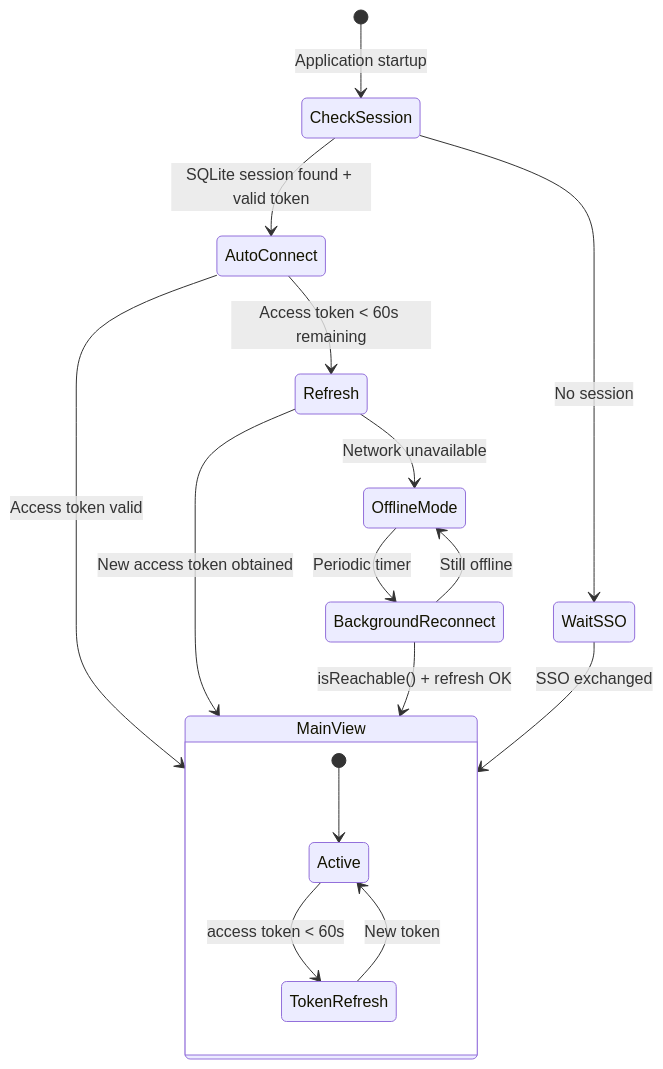
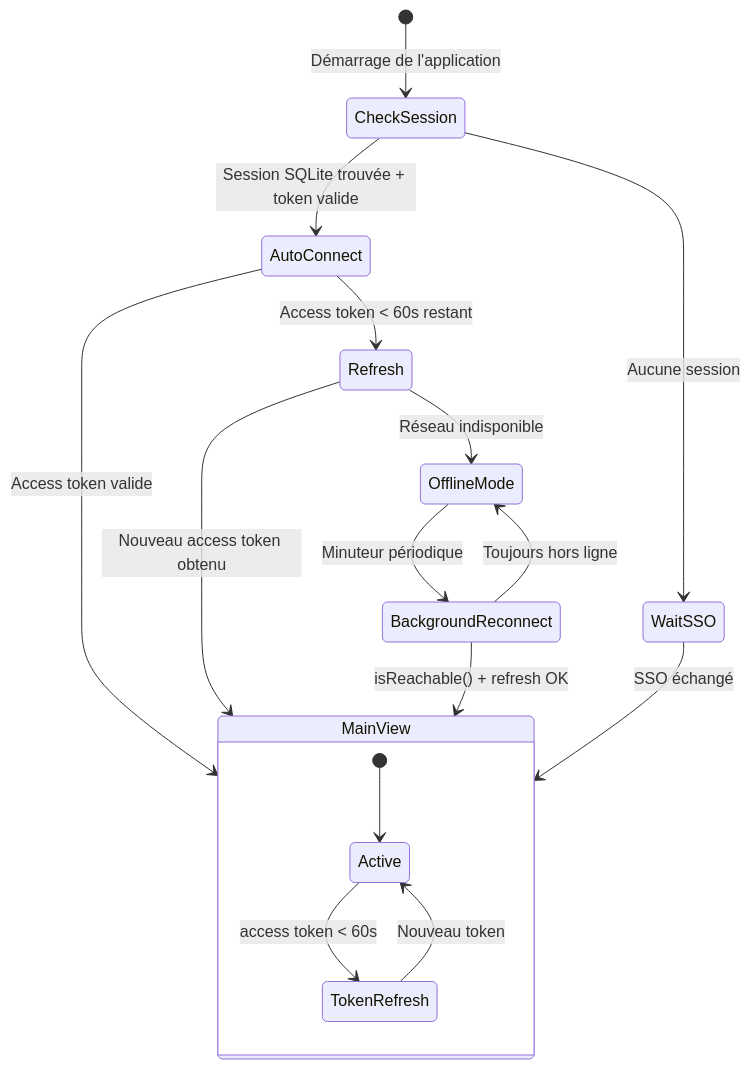
Before and after one commit to creibaud/QuartierConnect: diagram 16 of 21 in docs/ARCHITECTURE.md, drawn with Mermaid. The commit also changed other lines of this file and 27 other files, not shown here.

````diff
--- a/docs/ARCHITECTURE.md
+++ b/docs/ARCHITECTURE.md
@@ -633,25 +674,25 @@
 ```mermaid
 stateDiagram-v2
-    [*] --> CheckSession : Application startup
+    [*] --> CheckSession : Démarrage de l'application
 
-    CheckSession --> AutoConnect : SQLite session found + valid token
-    CheckSession --> WaitSSO : No session
+    CheckSession --> AutoConnect : Session SQLite trouvée + token valide
+    CheckSession --> WaitSSO : Aucune session
 
-    AutoConnect --> Refresh : Access token < 60s remaining
-    AutoConnect --> MainView : Access token valid
+    AutoConnect --> Refresh : Access token < 60s restant
+    AutoConnect --> MainView : Access token valide
 
-    Refresh --> MainView : New access token obtained
-    Refresh --> OfflineMode : Network unavailable
+    Refresh --> MainView : Nouveau access token obtenu
+    Refresh --> OfflineMode : Réseau indisponible
 
-    OfflineMode --> BackgroundReconnect : Periodic timer
+    OfflineMode --> BackgroundReconnect : Minuteur périodique
     BackgroundReconnect --> MainView : isReachable() + refresh OK
-    BackgroundReconnect --> OfflineMode : Still offline
+    BackgroundReconnect --> OfflineMode : Toujours hors ligne
 
-    WaitSSO --> MainView : SSO exchanged
+    WaitSSO --> MainView : SSO échangé
 
     state MainView {
         [*] --> Active
         Active --> TokenRefresh : access token < 60s
-        TokenRefresh --> Active : New token
+        TokenRefresh --> Active : Nouveau token
     }
 ```
````
